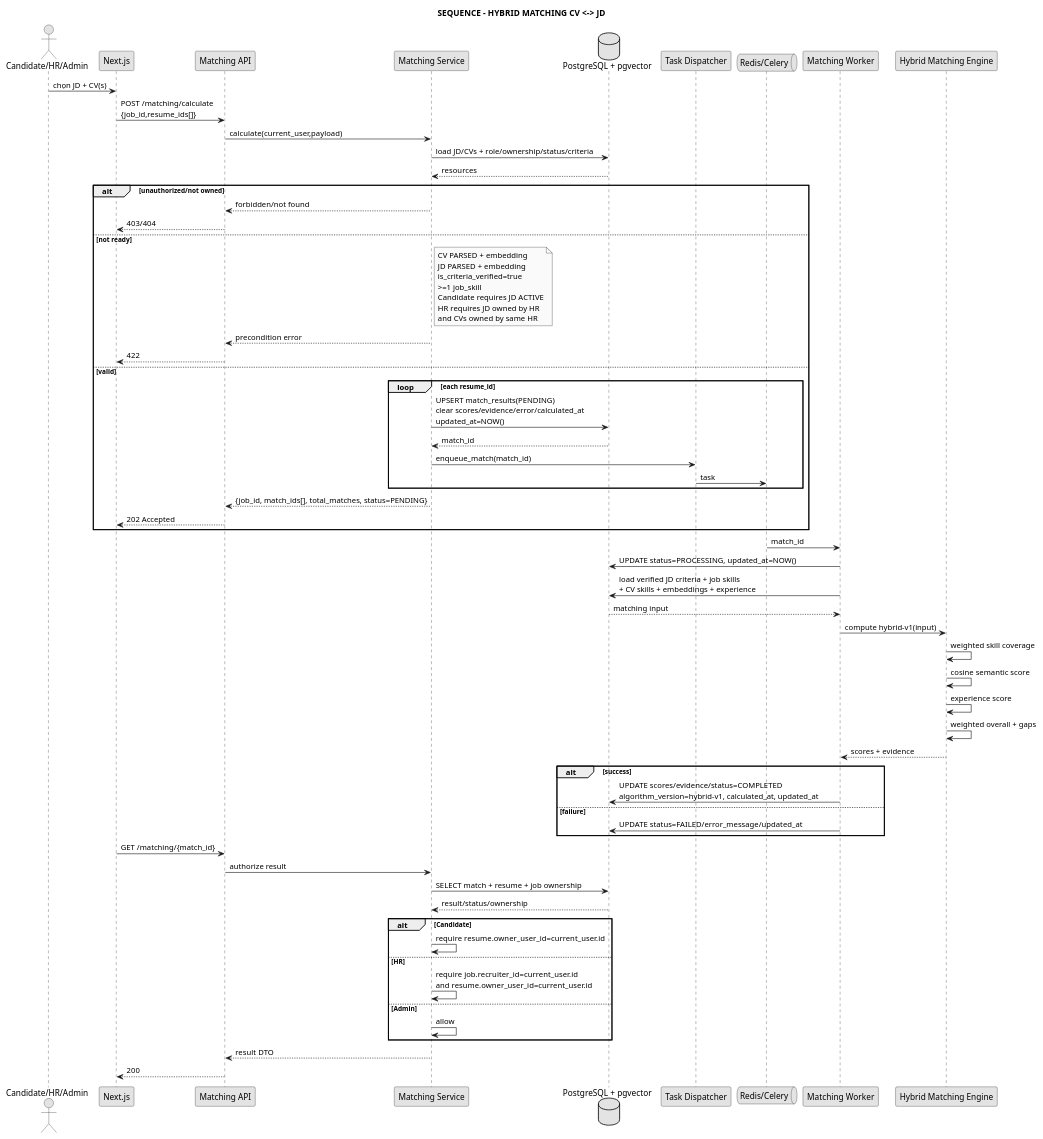
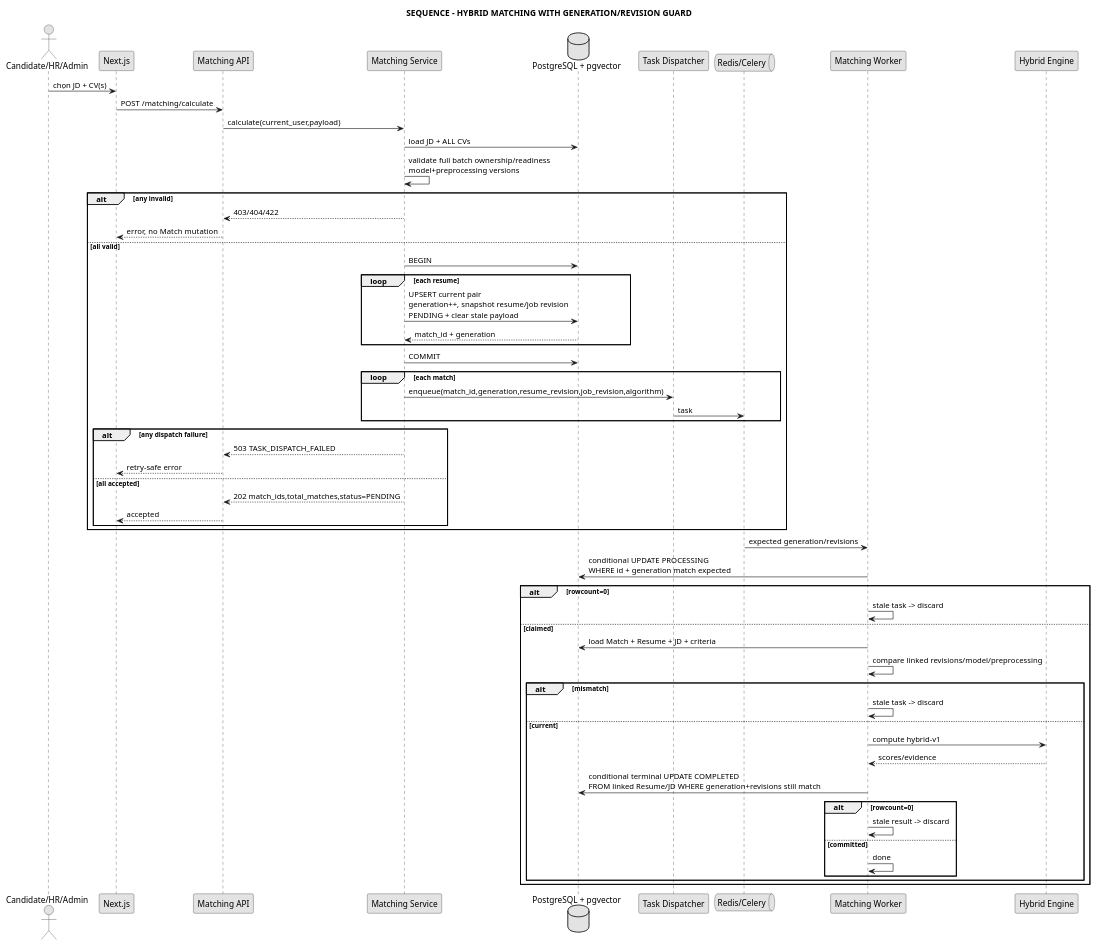
One commit to anh632k-ui/WebCVUngVienTuyenDung changed the diagram in docs/04_sequence/seq_matching.puml. Above: the diagram before and after it, drawn with PlantUML.

Commit message:
docs(sequence): eliminate stale matching worker race

```diff
--- a/docs/04_sequence/seq_matching.puml
+++ b/docs/04_sequence/seq_matching.puml
@@ -1,78 +1,64 @@
 @startuml
 skinparam monochrome true
 skinparam shadowing false
-
-title SEQUENCE - HYBRID MATCHING CV <-> JD
+title SEQUENCE - HYBRID MATCHING WITH GENERATION/REVISION GUARD
 
 actor "Candidate/HR/Admin" as User
 participant "Next.js" as FE
 participant "Matching API" as API
 participant "Matching Service" as Service
 database "PostgreSQL + pgvector" as DB
 participant "Task Dispatcher" as Dispatcher
 queue "Redis/Celery" as Queue
 participant "Matching Worker" as Worker
-participant "Hybrid Matching Engine" as Engine
+participant "Hybrid Engine" as Engine
 
 User -> FE : chọn JD + CV(s)
-FE -> API : POST /matching/calculate\n{job_id,resume_ids[]}
+FE -> API : POST /matching/calculate
 API -> Service : calculate(current_user,payload)
-Service -> DB : load JD/CVs + role/ownership/status/criteria
-DB --> Service : resources
-alt unauthorized/not owned
-  Service --> API : forbidden/not found
-  API --> FE : 403/404
-else not ready
-  note right of Service
-    CV PARSED + embedding
-    JD PARSED + embedding
-    is_criteria_verified=true
-    >=1 job_skill
-    Candidate requires JD ACTIVE
-    HR requires JD owned by HR
-    and CVs owned by same HR
-  end note
-  Service --> API : precondition error
-  API --> FE : 422
-else valid
-  loop each resume_id
-    Service -> DB : UPSERT match_results(PENDING)\nclear scores/evidence/error/calculated_at\nupdated_at=NOW()
-    DB --> Service : match_id
-    Service -> Dispatcher : enqueue_match(match_id)
+Service -> DB : load JD + ALL CVs
+Service -> Service : validate full batch ownership/readiness\nmodel+preprocessing versions
+alt any invalid
+  Service --> API : 403/404/422
+  API --> FE : error, no Match mutation
+else all valid
+  Service -> DB : BEGIN
+  loop each resume
+    Service -> DB : UPSERT current pair\ngeneration++, snapshot resume/job revision\nPENDING + clear stale payload
+    DB --> Service : match_id + generation
+  end
+  Service -> DB : COMMIT
+  loop each match
+    Service -> Dispatcher : enqueue(match_id,generation,resume_revision,job_revision,algorithm)
     Dispatcher -> Queue : task
   end
-  Service --> API : {job_id, match_ids[], total_matches, status=PENDING}
-  API --> FE : 202 Accepted
+  alt any dispatch failure
+    Service --> API : 503 TASK_DISPATCH_FAILED
+    API --> FE : retry-safe error
+  else all accepted
+    Service --> API : 202 match_ids,total_matches,status=PENDING
+    API --> FE : accepted
+  end
 end
 
-Queue -> Worker : match_id
-Worker -> DB : UPDATE status=PROCESSING, updated_at=NOW()
-Worker -> DB : load verified JD criteria + job skills\n+ CV skills + embeddings + experience
-DB --> Worker : matching input
-Worker -> Engine : compute hybrid-v1(input)
-Engine -> Engine : weighted skill coverage
-Engine -> Engine : cosine semantic score
-Engine -> Engine : experience score
-Engine -> Engine : weighted overall + gaps
-Engine --> Worker : scores + evidence
-alt success
-  Worker -> DB : UPDATE scores/evidence/status=COMPLETED\nalgorithm_version=hybrid-v1, calculated_at, updated_at
-else failure
-  Worker -> DB : UPDATE status=FAILED/error_message/updated_at
+Queue -> Worker : expected generation/revisions
+Worker -> DB : conditional UPDATE PROCESSING\nWHERE id + generation match expected
+alt rowcount=0
+  Worker -> Worker : stale task -> discard
+else claimed
+  Worker -> DB : load Match + Resume + JD + criteria
+  Worker -> Worker : compare linked revisions/model/preprocessing
+  alt mismatch
+    Worker -> Worker : stale task -> discard
+  else current
+    Worker -> Engine : compute hybrid-v1
+    Engine --> Worker : scores/evidence
+    Worker -> DB : conditional terminal UPDATE COMPLETED\nFROM linked Resume/JD WHERE generation+revisions still match
+    alt rowcount=0
+      Worker -> Worker : stale result -> discard
+    else committed
+      Worker -> Worker : done
+    end
+  end
 end
-
-FE -> API : GET /matching/{match_id}
-API -> Service : authorize result
-Service -> DB : SELECT match + resume + job ownership
-DB --> Service : result/status/ownership
-alt Candidate
-  Service -> Service : require resume.owner_user_id=current_user.id
-else HR
-  Service -> Service : require job.recruiter_id=current_user.id\nand resume.owner_user_id=current_user.id
-else Admin
-  Service -> Service : allow
-end
-Service --> API : result DTO
-API --> FE : 200
-
 @enduml
```
